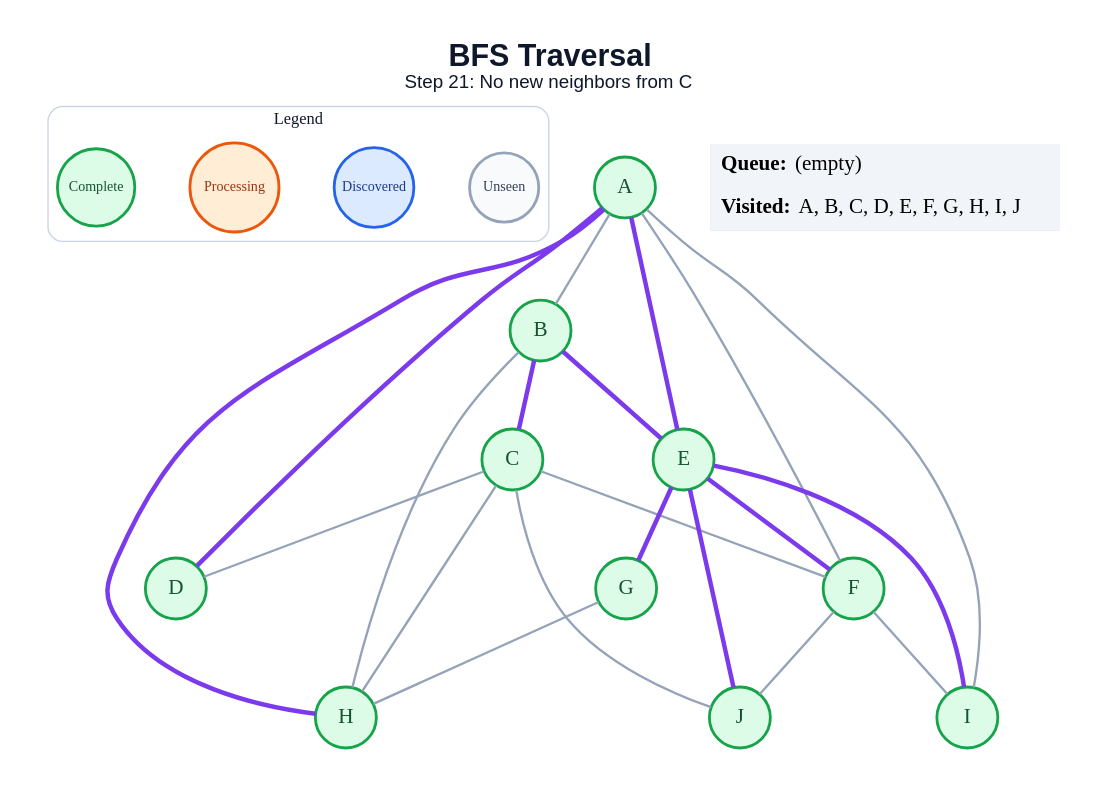
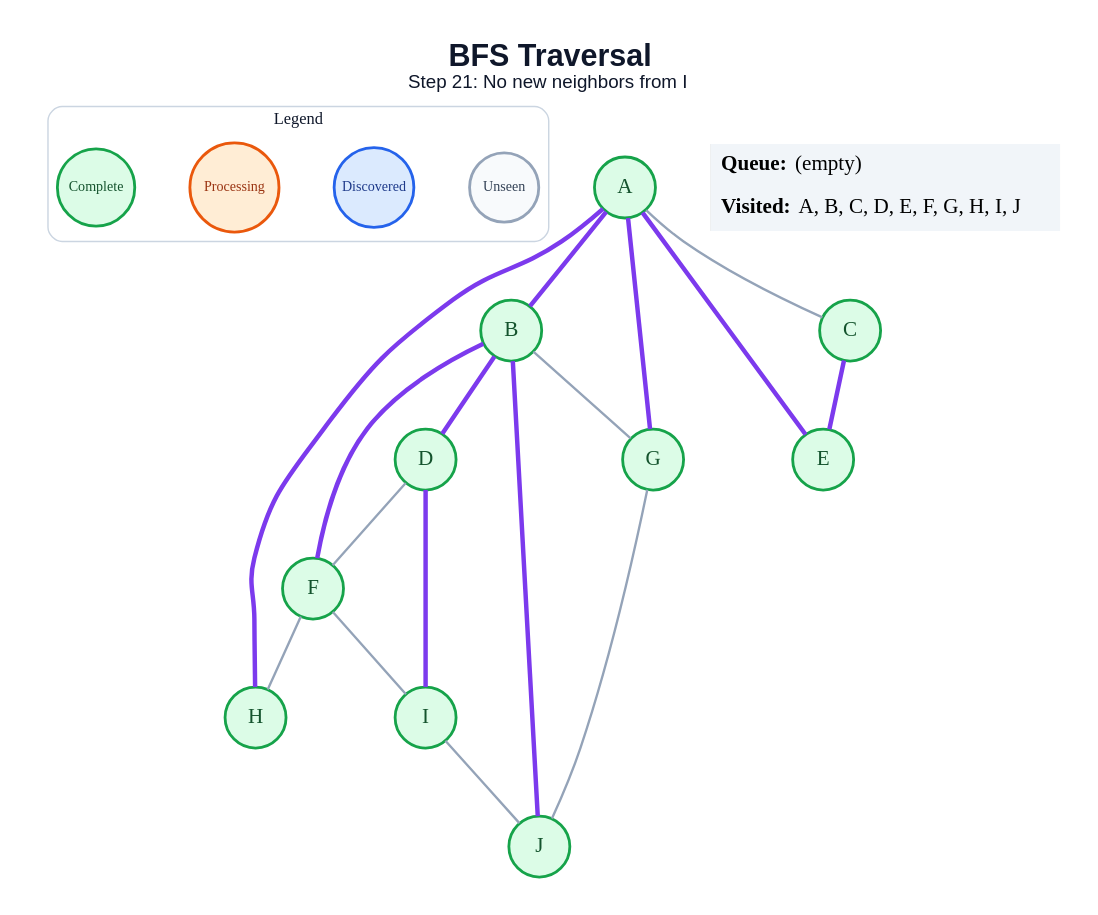
One commit to amanghodawala9/ai-slop changed the diagram in generated/specific-node/bfs/step_21.dot. Above: the diagram before and after it, drawn with Graphviz. The commit also changed 178 other files, not shown here.

```diff
--- a/generated/specific-node/bfs/step_21.dot
+++ b/generated/specific-node/bfs/step_21.dot
@@ -1,49 +1,45 @@
 graph traversal {
   graph [layout=dot, rankdir=TB, bgcolor="#FFFFFF", pad="0.35", nodesep="0.65", ranksep="0.8", fontname="Arial"];
   node [shape=circle, style="filled", fontname="Arial Bold", fontsize=18, width=0.72, fixedsize=true, penwidth=2.4];
   edge [color="#94A3B8", penwidth=2.0];
-  label=<<B>BFS Traversal</B><BR/><FONT POINT-SIZE="16">Step 21: No new neighbors from C</FONT>>; labelloc="t"; fontsize=26; fontname="Arial"; fontcolor="#0F172A";
+  label=<<B>BFS Traversal</B><BR/><FONT POINT-SIZE="16">Step 21: No new neighbors from I</FONT>>; labelloc="t"; fontsize=26; fontname="Arial"; fontcolor="#0F172A";
   subgraph cluster_legend { label="Legend"; color="#CBD5E1"; penwidth=1.2; style="rounded"; fontsize=14; fontname="Arial Bold";
     key_unseen [label="Unseen", fillcolor="#F8FAFC", color="#94A3B8", fontcolor="#334155", fontsize=12, width=0.82];
     key_frontier [label="Discovered", fillcolor="#DBEAFE", color="#2563EB", fontcolor="#1E3A8A", fontsize=12, width=0.95];
     key_current [label="Processing", fillcolor="#FFEDD5", color="#EA580C", fontcolor="#9A3412", fontsize=12, width=1.05];
     key_done [label="Complete", fillcolor="#DCFCE7", color="#16A34A", fontcolor="#14532D", fontsize=12, width=0.92];
     { rank=same; key_unseen; key_frontier; key_current; key_done; }
   }
   A [fillcolor="#DCFCE7", color="#16A34A", fontcolor="#14532D"];
   B [fillcolor="#DCFCE7", color="#16A34A", fontcolor="#14532D"];
   C [fillcolor="#DCFCE7", color="#16A34A", fontcolor="#14532D"];
   D [fillcolor="#DCFCE7", color="#16A34A", fontcolor="#14532D"];
   E [fillcolor="#DCFCE7", color="#16A34A", fontcolor="#14532D"];
   F [fillcolor="#DCFCE7", color="#16A34A", fontcolor="#14532D"];
   G [fillcolor="#DCFCE7", color="#16A34A", fontcolor="#14532D"];
   H [fillcolor="#DCFCE7", color="#16A34A", fontcolor="#14532D"];
   I [fillcolor="#DCFCE7", color="#16A34A", fontcolor="#14532D"];
   J [fillcolor="#DCFCE7", color="#16A34A", fontcolor="#14532D"];
-  A -- B;
-  A -- D [color="#7C3AED", penwidth=3.8];
+  A -- B [color="#7C3AED", penwidth=3.8];
+  A -- C;
   A -- E [color="#7C3AED", penwidth=3.8];
-  A -- F;
+  A -- G [color="#7C3AED", penwidth=3.8];
   A -- H [color="#7C3AED", penwidth=3.8];
-  A -- I;
-  B -- C [color="#7C3AED", penwidth=3.8];
-  B -- E [color="#7C3AED", penwidth=3.8];
-  B -- H;
-  C -- D;
-  C -- F;
-  C -- H;
-  C -- J;
-  E -- F [color="#7C3AED", penwidth=3.8];
-  E -- G [color="#7C3AED", penwidth=3.8];
-  E -- I [color="#7C3AED", penwidth=3.8];
-  E -- J [color="#7C3AED", penwidth=3.8];
+  B -- D [color="#7C3AED", penwidth=3.8];
+  B -- F [color="#7C3AED", penwidth=3.8];
+  B -- G;
+  B -- J [color="#7C3AED", penwidth=3.8];
+  C -- E [color="#7C3AED", penwidth=3.8];
+  D -- F;
+  D -- I [color="#7C3AED", penwidth=3.8];
+  F -- H;
   F -- I;
-  F -- J;
-  G -- H;
+  G -- J;
+  I -- J;
   status [shape=plain, fixedsize=false, width=0, height=0, margin=0, label=<
     <TABLE BORDER="0" CELLBORDER="0" CELLPADDING="7" BGCOLOR="#F1F5F9">
       <TR><TD ALIGN="LEFT"><B>Queue:</B> (empty)</TD></TR>
       <TR><TD ALIGN="LEFT"><B>Visited:</B> A, B, C, D, E, F, G, H, I, J</TD></TR>
     </TABLE>
   >];
 }
```
